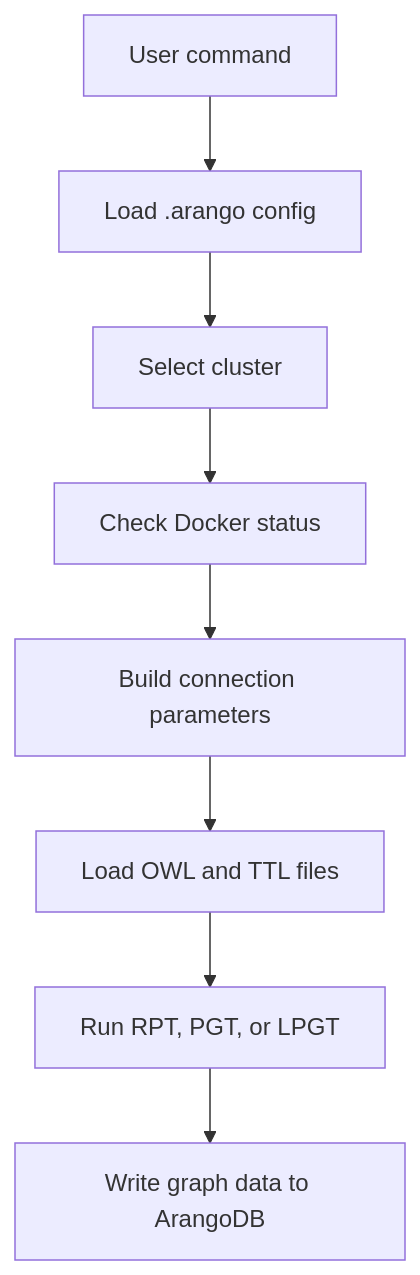
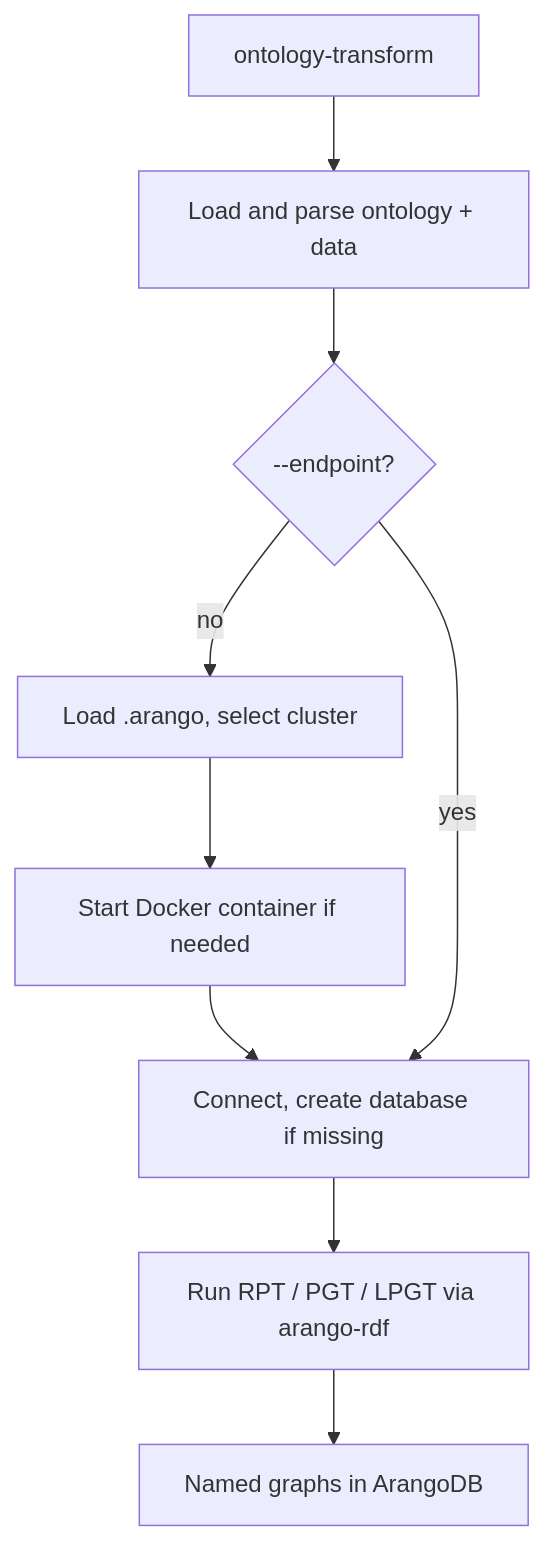
Before and after one commit to ArthurKeen/ontology-driven-arango-graph-generator: the diagram in docs/PROJECT_STRUCTURE.md, drawn with Mermaid. The commit also changed other lines of this file and 39 other files, not shown here.

````diff
--- a/docs/PROJECT_STRUCTURE.md
+++ b/docs/PROJECT_STRUCTURE.md
@@ -35,10 +30,11 @@
 ```mermaid
 flowchart TD
-    userCommand["User command"] --> configLoad["Load .arango config"]
-    configLoad --> clusterSelect["Select cluster"]
-    clusterSelect --> dockerCheck["Check Docker status"]
-    dockerCheck --> connectionParams["Build connection parameters"]
-    connectionParams --> ontologyLoad["Load OWL and TTL files"]
-    ontologyLoad --> transformRun["Run RPT, PGT, or LPGT"]
-    transformRun --> arangoDb["Write graph data to ArangoDB"]
+    userCommand["ontology-transform"] --> loadFiles["Load and parse ontology + data"]
+    loadFiles --> target{"--endpoint?"}
+    target -- no --> configLoad["Load .arango, select cluster"]
+    configLoad --> dockerCheck["Start Docker container if needed"]
+    dockerCheck --> connect["Connect, create database if missing"]
+    target -- yes --> connect
+    connect --> transformRun["Run RPT / PGT / LPGT via arango-rdf"]
+    transformRun --> arangoDb["Named graphs in ArangoDB"]
 ```
````
